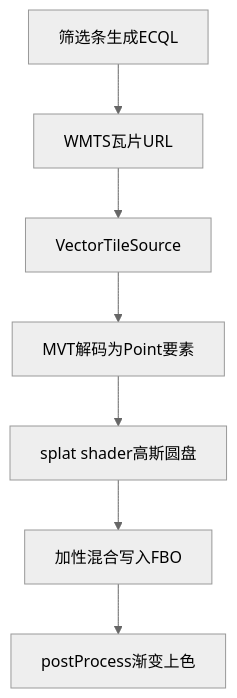
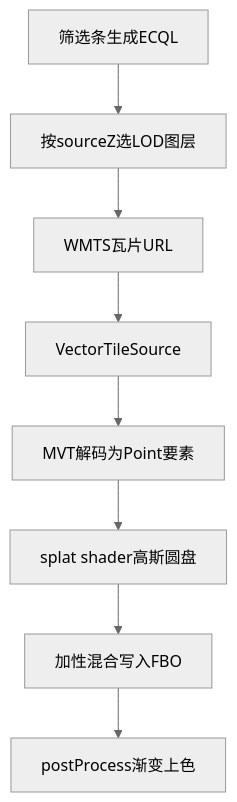
One commit to zheyi420/Dev-Wiki changed the sixth of 8 diagrams in Blog/mvt-webgl_heatmap-ccl/AGENTS.md. Above: the diagram before and after it, drawn with Mermaid (neutral theme). The commit also changed other lines of this file, not shown here.

````diff
--- a/Blog/mvt-webgl_heatmap-ccl/AGENTS.md
+++ b/Blog/mvt-webgl_heatmap-ccl/AGENTS.md
@@ -616,11 +705,12 @@
 ```mermaid
 flowchart TB
   filter[筛选条生成ECQL]
+  resolveLod[按sourceZ选LOD图层]
   url[WMTS瓦片URL]
   vts[VectorTileSource]
   decode[MVT解码为Point要素]
   splat[splat shader高斯圆盘]
   fbo[加性混合写入FBO]
   grad[postProcess渐变上色]
-  filter --> url --> vts --> decode --> splat --> fbo --> grad
+  filter --> resolveLod --> url --> vts --> decode --> splat --> fbo --> grad
 ```
````
